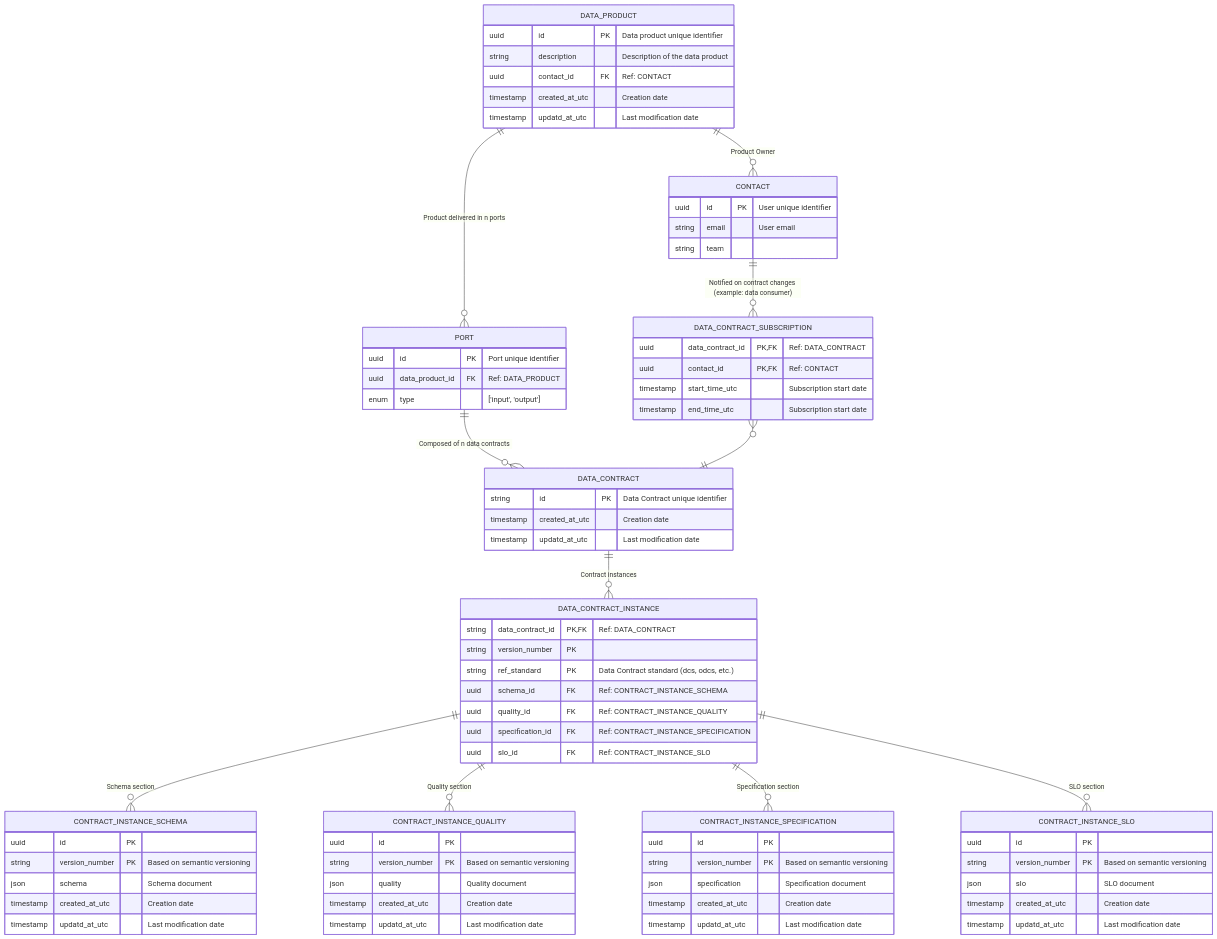
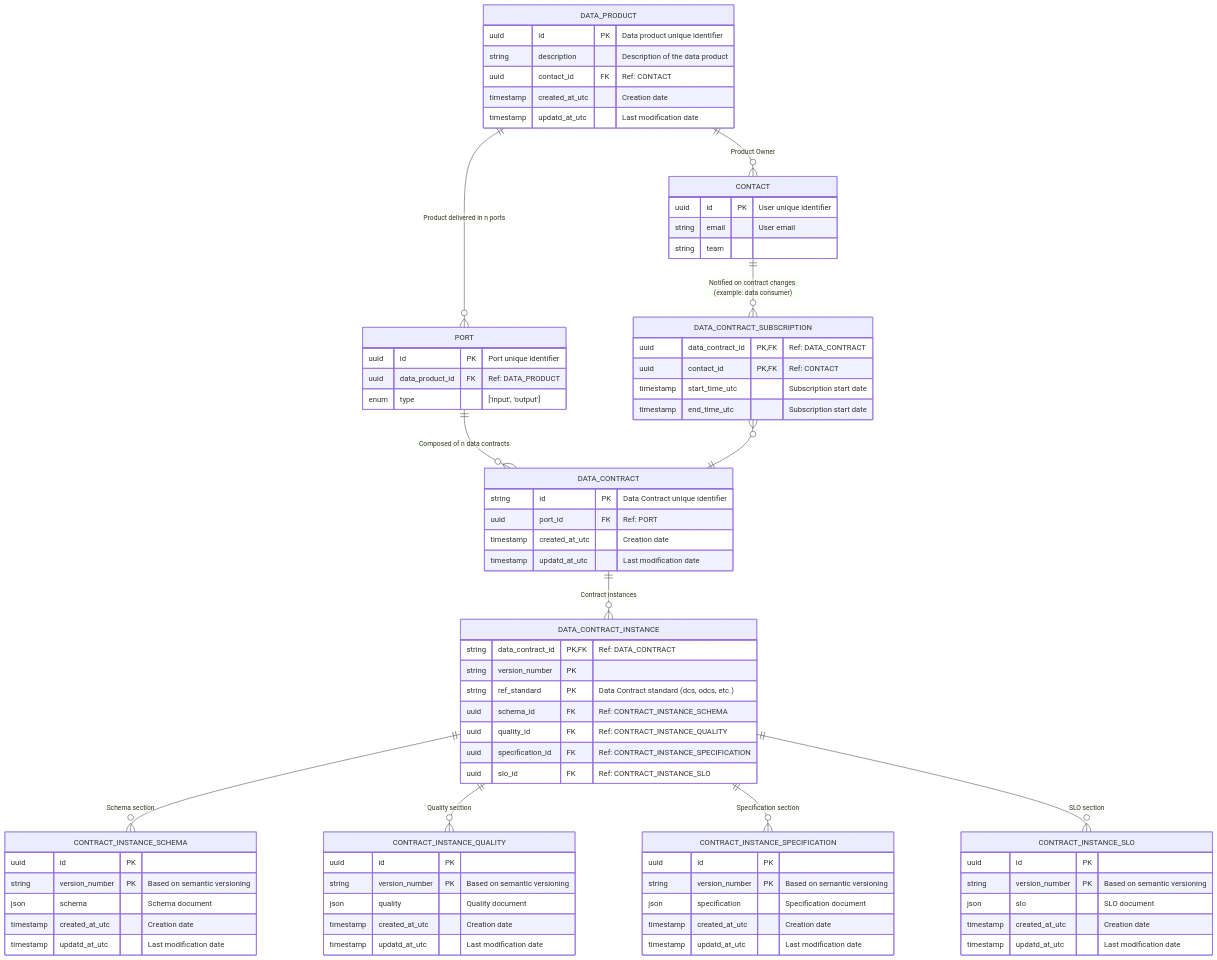
The diagram in docs/relational_model.md (monmaya/base-impl), drawn with Mermaid before and after one commit.

```diff
--- a/docs/relational_model.md
+++ b/docs/relational_model.md
@@ -23,6 +23,7 @@
 
     DATA_CONTRACT {
         string id PK "Data Contract unique identifier"
+        uuid port_id FK "Ref: PORT"
         timestamp created_at_utc "Creation date"
         timestamp updatd_at_utc "Last modification date"
     }
```
